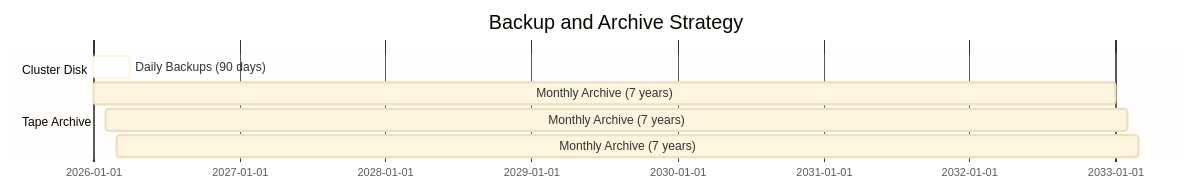
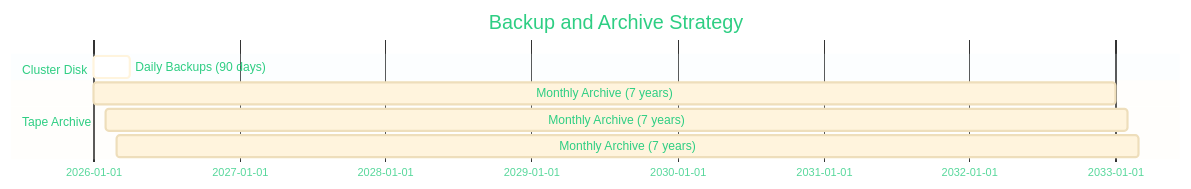
One commit to TarSemaj/storage-protect-galaxy changed the third of 17 diagrams in blueprint/integrations/data-protect/defender-data-protect-with-storage-protect-tape-integration.md. Above: the diagram before and after it, drawn with Mermaid. The commit also changed other lines of this file, not shown here.

````diff
--- a/blueprint/integrations/data-protect/defender-data-protect-with-storage-protect-tape-integration.md
+++ b/blueprint/integrations/data-protect/defender-data-protect-with-storage-protect-tape-integration.md
@@ -238,12 +244,38 @@
 ```mermaid
-%%{init: {'theme':'base', 'themeVariables': {'fontSize':'13px', 'fontFamily':'arial', 'background':'white', 'primaryBackground':'white', 'mainBkg':'white', 'nodeBorder':'#333333', 'edgeLabelBackground':'white', 'primaryTextColor':'#333333', 'lineColor':'#333333', 'sectionBkgColor':'#f0f9ff', 'altSectionBkgColor':'#fffaf0', 'gridColor':'#cccccc', 'todayLineColor':'#ff6666'}}}%%
+%%{init: {
+  'theme': 'base',
+  'themeVariables': {
+    'fontSize': '13px',
+    'fontFamily': 'arial',
+
+    'background': '#ffffff',
+    'primaryBackground': '#ffffff',
+    'mainBkg': '#ffffff',
+    'secondaryColor': '#ffffff',
+    'tertiaryColor': '#ffffff',
+
+    'primaryTextColor': '#2ece83',
+    'secondaryTextColor': '#2ece83',
+    'tertiaryTextColor': '#2ece83',
+    'textColor': '#2ece83',
+
+    'lineColor': '#333333',
+    'gridColor': '#cccccc',
+    'todayLineColor': '#ff6666',
+
+    'sectionBkgColor': '#f0f9ff',
+    'altSectionBkgColor': '#fffaf0'
+  }
+}}%%
 gantt
     title Backup and Archive Strategy
     dateFormat YYYY-MM-DD
+
     section Cluster Disk
-    Daily Backups (90 days)    :active, disk1, 2026-01-01, 90d
+    Daily Backups (90 days) :active, disk1, 2026-01-01, 90d
+
     section Tape Archive
-    Monthly Archive (7 years)  :tape1, 2026-01-01, 2555d
-    Monthly Archive (7 years)  :tape2, 2026-02-01, 2555d
-    Monthly Archive (7 years)  :tape3, 2026-03-01, 2555d
+    Monthly Archive (7 years) :tape1, 2026-01-01, 2555d
+    Monthly Archive (7 years) :tape2, 2026-02-01, 2555d
+    Monthly Archive (7 years) :tape3, 2026-03-01, 2555d
 ```
````
